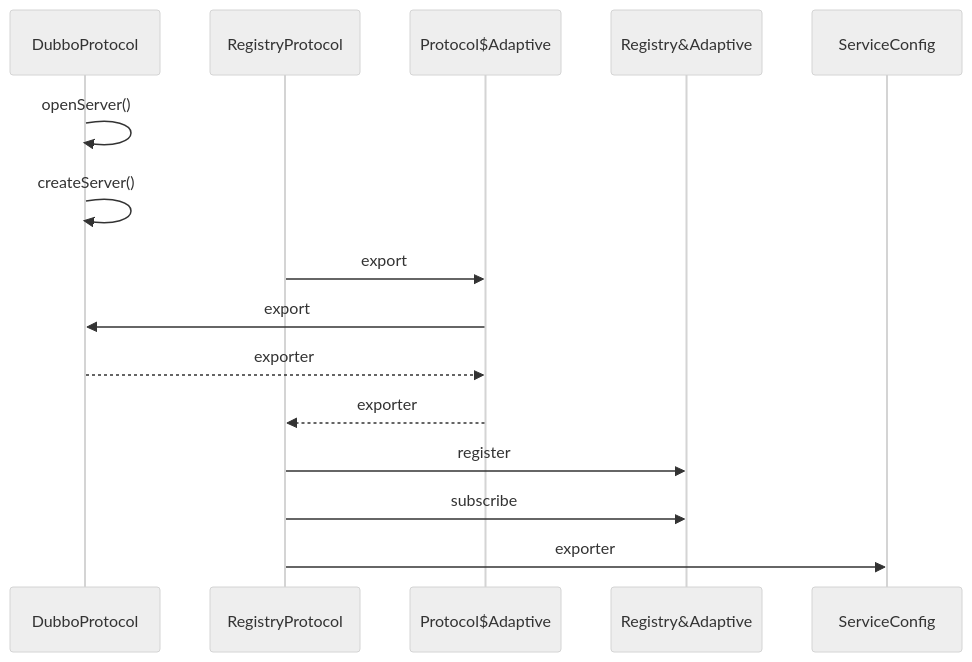
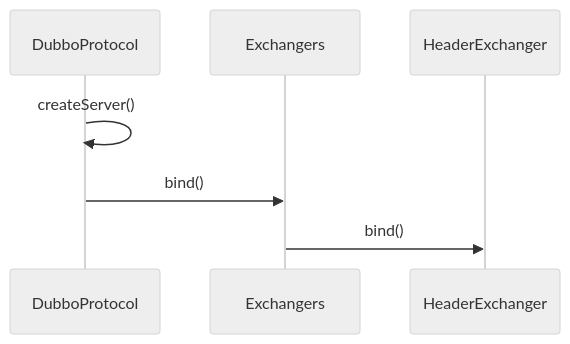
Before and after one commit to zhudongdong/docs: the second of 2 diagrams in dubbo/dubbo.md, drawn with Mermaid (neutral theme). The commit also changed other lines of this file, not shown here.

Commit message:
Uploaded by https://stackedit.io/

````diff
--- a/dubbo/dubbo.md
+++ b/dubbo/dubbo.md
@@ -157,14 +157,6 @@
 ```mermaid
 sequenceDiagram
-DubboProtocol ->> DubboProtocol: openServer()
 DubboProtocol ->> DubboProtocol: createServer()
-
-RegistryProtocol->>Protocol$Adaptive: export
-Protocol$Adaptive->> DubboProtocol: export
-DubboProtocol-->> Protocol$Adaptive:exporter
-Protocol$Adaptive-->> RegistryProtocol:exporter
-RegistryProtocol->>Registry&Adaptive:register
-RegistryProtocol->>Registry&Adaptive:subscribe
-RegistryProtocol->>ServiceConfig:exporter
-
+DubboProtocol ->> Exchangers:bind()
+Exchangers ->> HeaderExchanger:bind()
 ```
````
